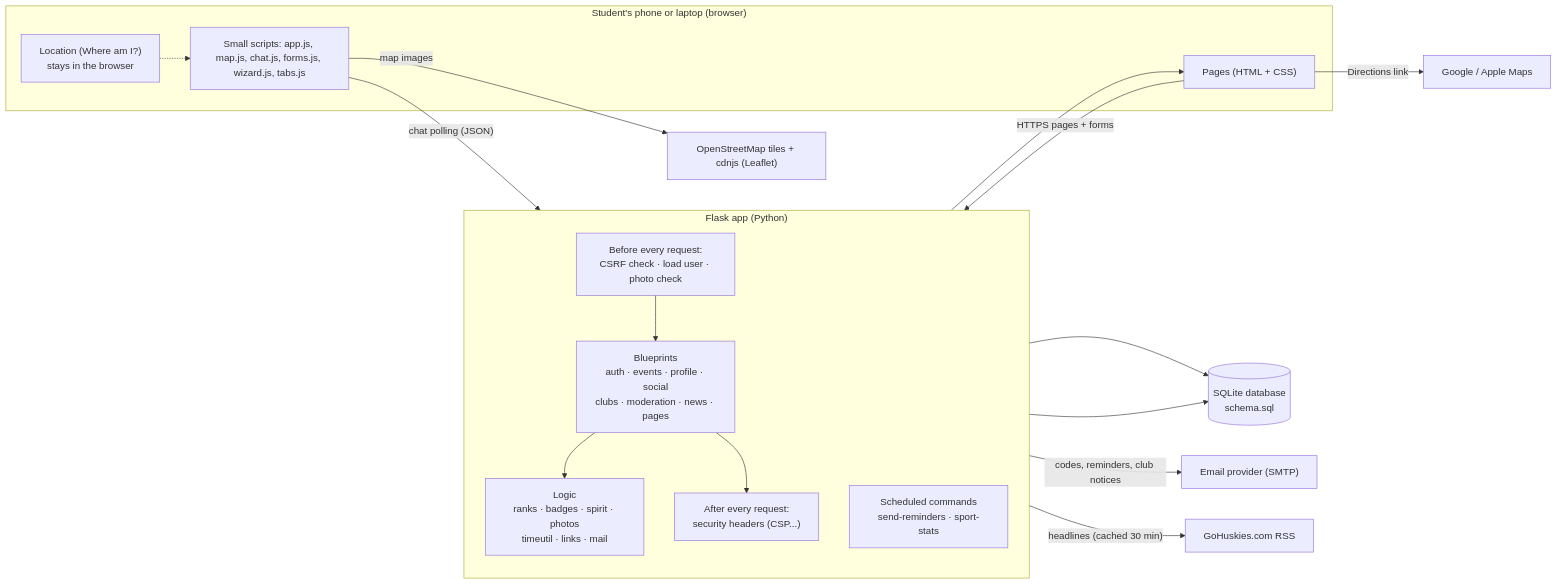
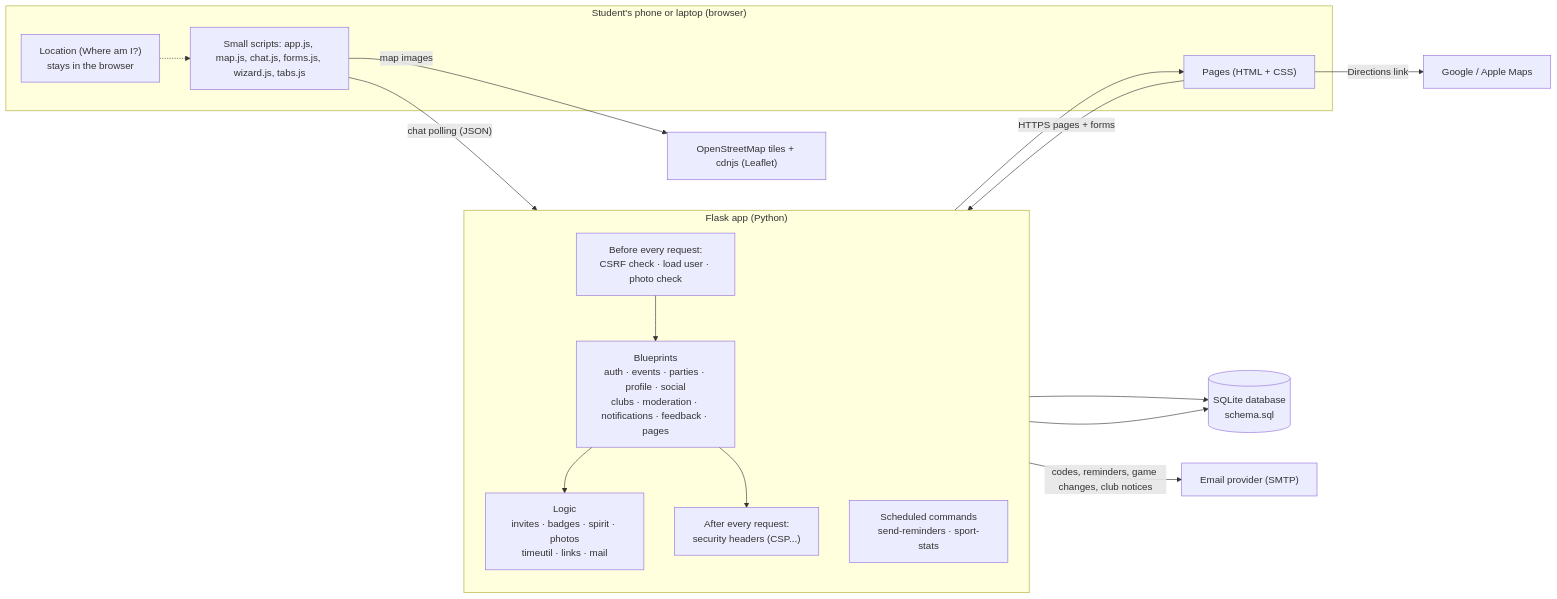
One commit to ABkulog/sportive-circle changed the first of 9 diagrams in docs/system-map.md. Above: the diagram before and after it, drawn with Mermaid. The commit also changed other lines of this file and 8 other files, not shown here.

First line of the commit message:
Docs match the app after tester feedback; FAQ covers parties; Follow-vs-member tip

````diff
--- a/docs/system-map.md
+++ b/docs/system-map.md
@@ -8,34 +8,32 @@
 ```mermaid
 flowchart LR
     subgraph Phone["Student's phone or laptop (browser)"]
         UI["Pages (HTML + CSS)"]
         JS["Small scripts: app.js, map.js, chat.js, forms.js, wizard.js, tabs.js"]
         GPS["Location (Where am I?)<br/>stays in the browser"]
     end
 
     subgraph Server["Flask app (Python)"]
         direction TB
         MW["Before every request:<br/>CSRF check · load user · photo check"]
-        BP["Blueprints<br/>auth · events · profile · social<br/>clubs · moderation · news · pages"]
-        LOGIC["Logic<br/>ranks · badges · spirit · photos<br/>timeutil · links · mail"]
+        BP["Blueprints<br/>auth · events · parties · profile · social<br/>clubs · moderation · notifications · feedback · pages"]
+        LOGIC["Logic<br/>invites · badges · spirit · photos<br/>timeutil · links · mail"]
         HDR["After every request:<br/>security headers (CSP...)"]
         CLI["Scheduled commands<br/>send-reminders · sport-stats"]
     end
 
     DB[("SQLite database<br/>schema.sql")]
     SMTP["Email provider (SMTP)"]
-    GH["GoHuskies.com RSS"]
     OSM["OpenStreetMap tiles + cdnjs (Leaflet)"]
     MAPS["Google / Apple Maps"]
 
     UI -- "HTTPS pages + forms" --> MW --> BP --> LOGIC
     BP --> HDR --> UI
     JS -- "chat polling (JSON)" --> BP
     LOGIC --> DB
     CLI --> DB
-    LOGIC -- "codes, reminders, club notices" --> SMTP
-    BP -- "headlines (cached 30 min)" --> GH
+    LOGIC -- "codes, reminders, game changes, club notices" --> SMTP
     JS -- "map images" --> OSM
     UI -- "Directions link" --> MAPS
     GPS -.-> JS
 ```
````
